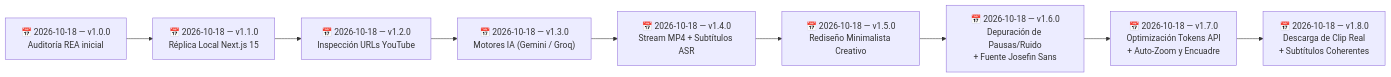
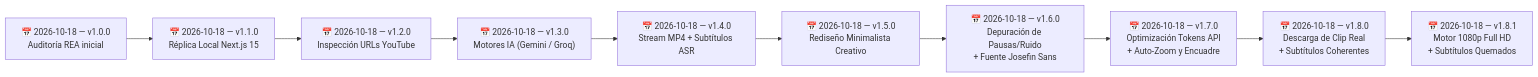
Before and after one commit to SebzSGC/Doc-Projects: the diagram in ClippersIppers/90 - Recursos/Historial de cambios.md, drawn with Mermaid. The commit also changed other lines of this file, not shown here.

First line of the commit message:
docs(clippersippers): motor exportacion 1080p y subtitulos v1.8.1

````diff
--- a/ClippersIppers/90 - Recursos/Historial de cambios.md
+++ b/ClippersIppers/90 - Recursos/Historial de cambios.md
@@ -19,4 +19,4 @@
 ```mermaid
 flowchart LR
-    V1["📅 2026-10-18 — v1.0.0<br/>Auditoría REA inicial"] --> V2["📅 2026-10-18 — v1.1.0<br/>Réplica Local Next.js 15"] --> V3["📅 2026-10-18 — v1.2.0<br/>Inspección URLs YouTube"] --> V4["📅 2026-10-18 — v1.3.0<br/>Motores IA (Gemini / Groq)"] --> V5["📅 2026-10-18 — v1.4.0<br/>Stream MP4 + Subtítulos ASR"] --> V6["📅 2026-10-18 — v1.5.0<br/>Rediseño Minimalista Creativo"] --> V7["📅 2026-10-18 — v1.6.0<br/>Depuración de Pausas/Ruido<br/>+ Fuente Josefin Sans"] --> V8["📅 2026-10-18 — v1.7.0<br/>Optimización Tokens API<br/>+ Auto-Zoom y Encuadre"] --> V9["📅 2026-10-18 — v1.8.0<br/>Descarga de Clip Real<br/>+ Subtítulos Coherentes"]
+    V1["📅 2026-10-18 — v1.0.0<br/>Auditoría REA inicial"] --> V2["📅 2026-10-18 — v1.1.0<br/>Réplica Local Next.js 15"] --> V3["📅 2026-10-18 — v1.2.0<br/>Inspección URLs YouTube"] --> V4["📅 2026-10-18 — v1.3.0<br/>Motores IA (Gemini / Groq)"] --> V5["📅 2026-10-18 — v1.4.0<br/>Stream MP4 + Subtítulos ASR"] --> V6["📅 2026-10-18 — v1.5.0<br/>Rediseño Minimalista Creativo"] --> V7["📅 2026-10-18 — v1.6.0<br/>Depuración de Pausas/Ruido<br/>+ Fuente Josefin Sans"] --> V8["📅 2026-10-18 — v1.7.0<br/>Optimización Tokens API<br/>+ Auto-Zoom y Encuadre"] --> V9["📅 2026-10-18 — v1.8.0<br/>Descarga de Clip Real<br/>+ Subtítulos Coherentes"] --> V10["📅 2026-10-18 — v1.8.1<br/>Motor 1080p Full HD<br/>+ Subtítulos Quemados"]
 ```
````
